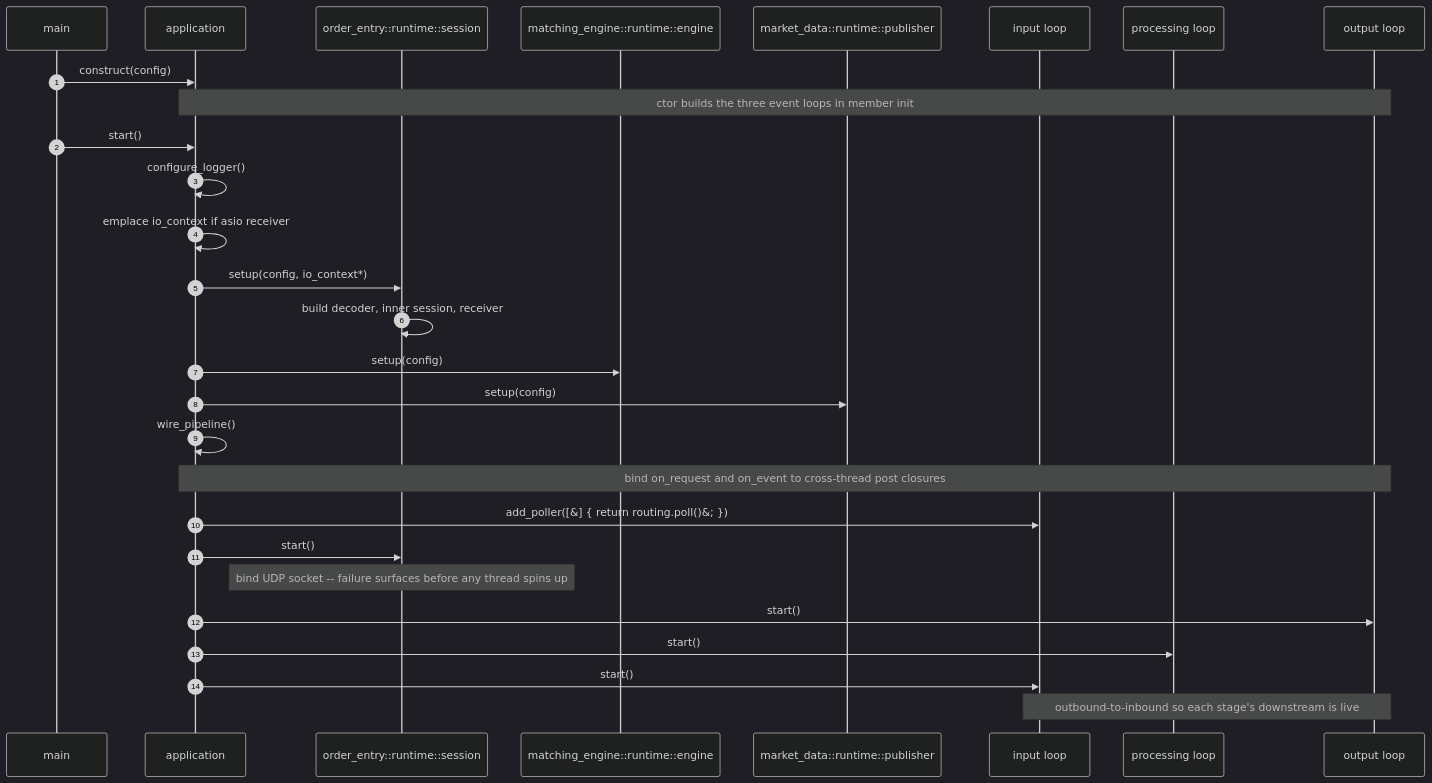
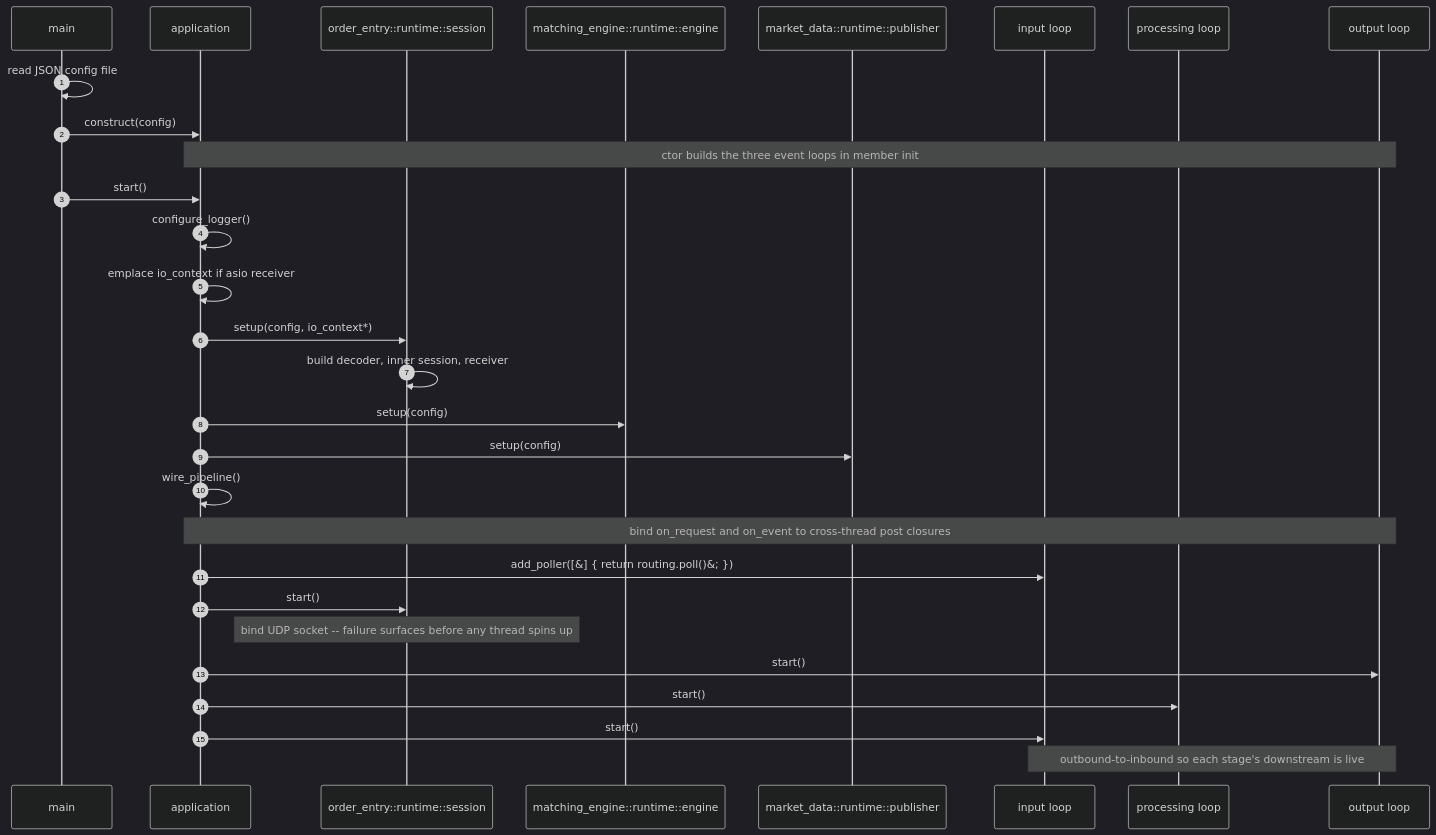
Before and after one commit to indiosmo/cpp-demo-build: the second of 2 diagrams in docs/runtime-startup.md, drawn with Mermaid (dark theme). The commit also changed other lines of this file and 17 other files, not shown here.

````diff
--- a/docs/runtime-startup.md
+++ b/docs/runtime-startup.md
@@ -82,37 +82,38 @@
 ```mermaid
 sequenceDiagram
   autonumber
   participant main
   participant app as application
   participant routing as order_entry::runtime::session
   participant engine as matching_engine::runtime::engine
   participant publisher as market_data::runtime::publisher
   participant input as input loop
   participant processing as processing loop
   participant output as output loop
 
+  main->>main: read JSON config file
   main->>app: construct(config)
   Note over app,output: ctor builds the three event loops in member init
 
   main->>app: start()
   app->>app: configure_logger()
   app->>app: emplace io_context if asio receiver
 
   app->>routing: setup(config, io_context*)
   routing->>routing: build decoder, inner session, receiver
 
   app->>engine: setup(config)
   app->>publisher: setup(config)
 
   app->>app: wire_pipeline()
   Note over app,output: bind on_request and on_event to cross-thread post closures
   app->>input: add_poller([&] { return routing.poll()&#59; })
 
   app->>routing: start()
   Note over routing: bind UDP socket -- failure surfaces before any thread spins up
 
   app->>output: start()
   app->>processing: start()
   app->>input: start()
   Note over output,input: outbound-to-inbound so each stage's downstream is live
 ```
````
